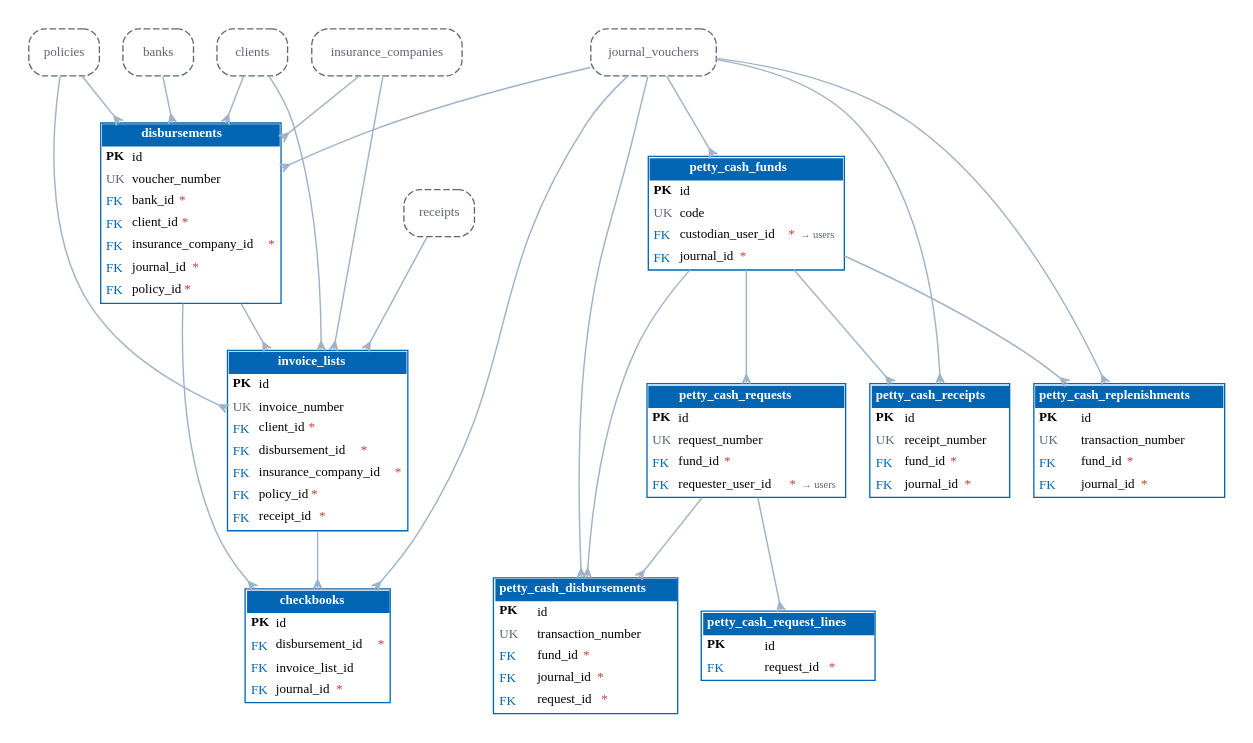
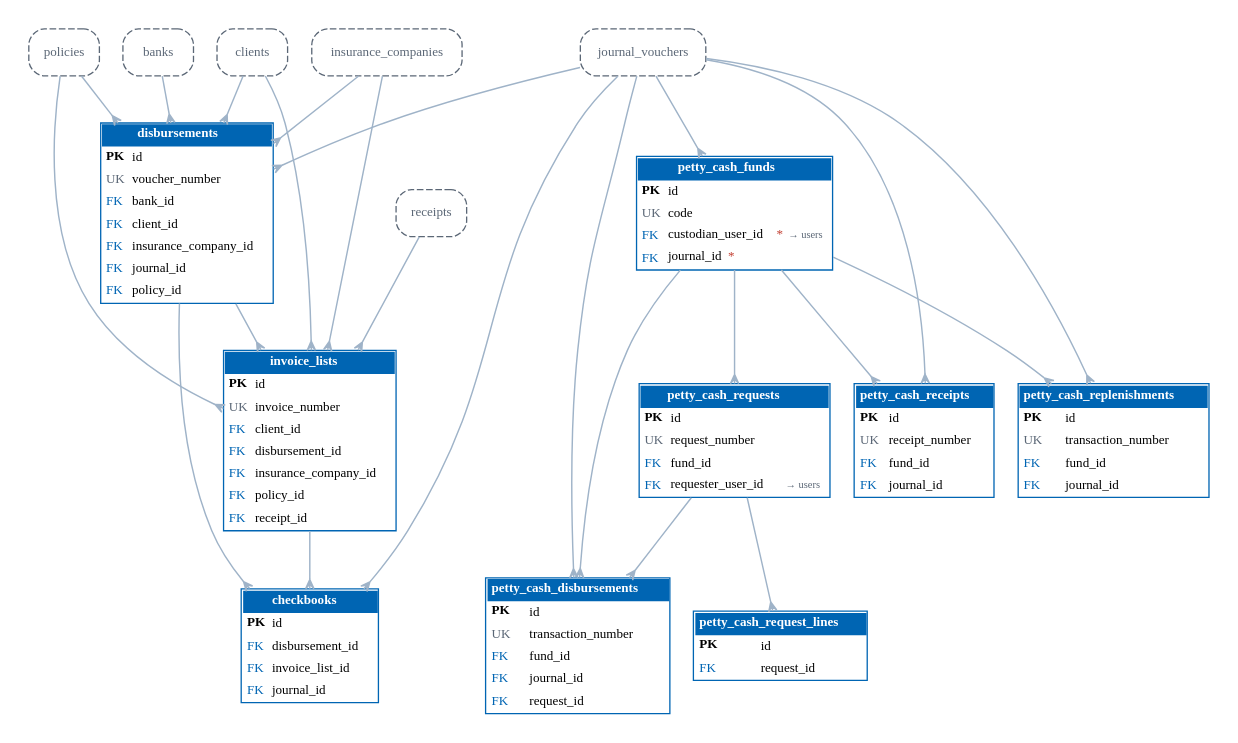
Before and after one commit to IortaTexhNXT-DEV/BDOI-OOTB: the diagram in docs/architecture/diagrams/er_disbursement_pettycash.dot, drawn with Graphviz. The commit also changed 47 other files, not shown here.

First line of the commit message:
Architecture: refresh the database snapshot, table catalogue and ER diagrams

```diff
--- a/docs/architecture/diagrams/er_disbursement_pettycash.dot
+++ b/docs/architecture/diagrams/er_disbursement_pettycash.dot
@@ -3,15 +3,15 @@
   graph [rankdir=TB, splines=true, nodesep=0.25, ranksep=0.5, fontname="Nunito", bgcolor="white", pad=0.2, pack=true, packmode="array_u3"];
   node [shape=plain, fontname="Nunito", fontsize=10];
   edge [color="#9FB3C8", arrowhead=crow, arrowtail=none, dir=both, arrowsize=0.7, penwidth=1.1];
-  "disbursements" [label=<<table border="1" cellborder="0" cellspacing="0" cellpadding="3" color="#0065B3"><tr><td colspan="2" bgcolor="#0065B3"><font color="white"><b>disbursements</b></font></td></tr><tr><td align="left" balign="left"><b>PK</b></td><td align="left">id</td></tr><tr><td align="left"><font color="#5B6776">UK</font></td><td align="left">voucher_number</td></tr><tr><td align="left"><font color="#0065B3">FK</font></td><td align="left">bank_id<font color="#C0392B">*</font></td></tr><tr><td align="left"><font color="#0065B3">FK</font></td><td align="left">client_id<font color="#C0392B">*</font></td></tr><tr><td align="left"><font color="#0065B3">FK</font></td><td align="left">insurance_company_id<font color="#C0392B">*</font></td></tr><tr><td align="left"><font color="#0065B3">FK</font></td><td align="left">journal_id<font color="#C0392B">*</font></td></tr><tr><td align="left"><font color="#0065B3">FK</font></td><td align="left">policy_id<font color="#C0392B">*</font></td></tr></table>>];
-  "invoice_lists" [label=<<table border="1" cellborder="0" cellspacing="0" cellpadding="3" color="#0065B3"><tr><td colspan="2" bgcolor="#0065B3"><font color="white"><b>invoice_lists</b></font></td></tr><tr><td align="left" balign="left"><b>PK</b></td><td align="left">id</td></tr><tr><td align="left"><font color="#5B6776">UK</font></td><td align="left">invoice_number</td></tr><tr><td align="left"><font color="#0065B3">FK</font></td><td align="left">client_id<font color="#C0392B">*</font></td></tr><tr><td align="left"><font color="#0065B3">FK</font></td><td align="left">disbursement_id<font color="#C0392B">*</font></td></tr><tr><td align="left"><font color="#0065B3">FK</font></td><td align="left">insurance_company_id<font color="#C0392B">*</font></td></tr><tr><td align="left"><font color="#0065B3">FK</font></td><td align="left">policy_id<font color="#C0392B">*</font></td></tr><tr><td align="left"><font color="#0065B3">FK</font></td><td align="left">receipt_id<font color="#C0392B">*</font></td></tr></table>>];
-  "checkbooks" [label=<<table border="1" cellborder="0" cellspacing="0" cellpadding="3" color="#0065B3"><tr><td colspan="2" bgcolor="#0065B3"><font color="white"><b>checkbooks</b></font></td></tr><tr><td align="left" balign="left"><b>PK</b></td><td align="left">id</td></tr><tr><td align="left"><font color="#0065B3">FK</font></td><td align="left">disbursement_id<font color="#C0392B">*</font></td></tr><tr><td align="left"><font color="#0065B3">FK</font></td><td align="left">invoice_list_id</td></tr><tr><td align="left"><font color="#0065B3">FK</font></td><td align="left">journal_id<font color="#C0392B">*</font></td></tr></table>>];
+  "disbursements" [label=<<table border="1" cellborder="0" cellspacing="0" cellpadding="3" color="#0065B3"><tr><td colspan="2" bgcolor="#0065B3"><font color="white"><b>disbursements</b></font></td></tr><tr><td align="left" balign="left"><b>PK</b></td><td align="left">id</td></tr><tr><td align="left"><font color="#5B6776">UK</font></td><td align="left">voucher_number</td></tr><tr><td align="left"><font color="#0065B3">FK</font></td><td align="left">bank_id</td></tr><tr><td align="left"><font color="#0065B3">FK</font></td><td align="left">client_id</td></tr><tr><td align="left"><font color="#0065B3">FK</font></td><td align="left">insurance_company_id</td></tr><tr><td align="left"><font color="#0065B3">FK</font></td><td align="left">journal_id</td></tr><tr><td align="left"><font color="#0065B3">FK</font></td><td align="left">policy_id</td></tr></table>>];
+  "invoice_lists" [label=<<table border="1" cellborder="0" cellspacing="0" cellpadding="3" color="#0065B3"><tr><td colspan="2" bgcolor="#0065B3"><font color="white"><b>invoice_lists</b></font></td></tr><tr><td align="left" balign="left"><b>PK</b></td><td align="left">id</td></tr><tr><td align="left"><font color="#5B6776">UK</font></td><td align="left">invoice_number</td></tr><tr><td align="left"><font color="#0065B3">FK</font></td><td align="left">client_id</td></tr><tr><td align="left"><font color="#0065B3">FK</font></td><td align="left">disbursement_id</td></tr><tr><td align="left"><font color="#0065B3">FK</font></td><td align="left">insurance_company_id</td></tr><tr><td align="left"><font color="#0065B3">FK</font></td><td align="left">policy_id</td></tr><tr><td align="left"><font color="#0065B3">FK</font></td><td align="left">receipt_id</td></tr></table>>];
+  "checkbooks" [label=<<table border="1" cellborder="0" cellspacing="0" cellpadding="3" color="#0065B3"><tr><td colspan="2" bgcolor="#0065B3"><font color="white"><b>checkbooks</b></font></td></tr><tr><td align="left" balign="left"><b>PK</b></td><td align="left">id</td></tr><tr><td align="left"><font color="#0065B3">FK</font></td><td align="left">disbursement_id</td></tr><tr><td align="left"><font color="#0065B3">FK</font></td><td align="left">invoice_list_id</td></tr><tr><td align="left"><font color="#0065B3">FK</font></td><td align="left">journal_id</td></tr></table>>];
   "petty_cash_funds" [label=<<table border="1" cellborder="0" cellspacing="0" cellpadding="3" color="#0065B3"><tr><td colspan="2" bgcolor="#0065B3"><font color="white"><b>petty_cash_funds</b></font></td></tr><tr><td align="left" balign="left"><b>PK</b></td><td align="left">id</td></tr><tr><td align="left"><font color="#5B6776">UK</font></td><td align="left">code</td></tr><tr><td align="left"><font color="#0065B3">FK</font></td><td align="left">custodian_user_id<font color="#C0392B">*</font> <font color="#5B6776" point-size="8">&#8594; users</font></td></tr><tr><td align="left"><font color="#0065B3">FK</font></td><td align="left">journal_id<font color="#C0392B">*</font></td></tr></table>>];
-  "petty_cash_requests" [label=<<table border="1" cellborder="0" cellspacing="0" cellpadding="3" color="#0065B3"><tr><td colspan="2" bgcolor="#0065B3"><font color="white"><b>petty_cash_requests</b></font></td></tr><tr><td align="left" balign="left"><b>PK</b></td><td align="left">id</td></tr><tr><td align="left"><font color="#5B6776">UK</font></td><td align="left">request_number</td></tr><tr><td align="left"><font color="#0065B3">FK</font></td><td align="left">fund_id<font color="#C0392B">*</font></td></tr><tr><td align="left"><font color="#0065B3">FK</font></td><td align="left">requester_user_id<font color="#C0392B">*</font> <font color="#5B6776" point-size="8">&#8594; users</font></td></tr></table>>];
-  "petty_cash_request_lines" [label=<<table border="1" cellborder="0" cellspacing="0" cellpadding="3" color="#0065B3"><tr><td colspan="2" bgcolor="#0065B3"><font color="white"><b>petty_cash_request_lines</b></font></td></tr><tr><td align="left" balign="left"><b>PK</b></td><td align="left">id</td></tr><tr><td align="left"><font color="#0065B3">FK</font></td><td align="left">request_id<font color="#C0392B">*</font></td></tr></table>>];
-  "petty_cash_disbursements" [label=<<table border="1" cellborder="0" cellspacing="0" cellpadding="3" color="#0065B3"><tr><td colspan="2" bgcolor="#0065B3"><font color="white"><b>petty_cash_disbursements</b></font></td></tr><tr><td align="left" balign="left"><b>PK</b></td><td align="left">id</td></tr><tr><td align="left"><font color="#5B6776">UK</font></td><td align="left">transaction_number</td></tr><tr><td align="left"><font color="#0065B3">FK</font></td><td align="left">fund_id<font color="#C0392B">*</font></td></tr><tr><td align="left"><font color="#0065B3">FK</font></td><td align="left">journal_id<font color="#C0392B">*</font></td></tr><tr><td align="left"><font color="#0065B3">FK</font></td><td align="left">request_id<font color="#C0392B">*</font></td></tr></table>>];
-  "petty_cash_receipts" [label=<<table border="1" cellborder="0" cellspacing="0" cellpadding="3" color="#0065B3"><tr><td colspan="2" bgcolor="#0065B3"><font color="white"><b>petty_cash_receipts</b></font></td></tr><tr><td align="left" balign="left"><b>PK</b></td><td align="left">id</td></tr><tr><td align="left"><font color="#5B6776">UK</font></td><td align="left">receipt_number</td></tr><tr><td align="left"><font color="#0065B3">FK</font></td><td align="left">fund_id<font color="#C0392B">*</font></td></tr><tr><td align="left"><font color="#0065B3">FK</font></td><td align="left">journal_id<font color="#C0392B">*</font></td></tr></table>>];
-  "petty_cash_replenishments" [label=<<table border="1" cellborder="0" cellspacing="0" cellpadding="3" color="#0065B3"><tr><td colspan="2" bgcolor="#0065B3"><font color="white"><b>petty_cash_replenishments</b></font></td></tr><tr><td align="left" balign="left"><b>PK</b></td><td align="left">id</td></tr><tr><td align="left"><font color="#5B6776">UK</font></td><td align="left">transaction_number</td></tr><tr><td align="left"><font color="#0065B3">FK</font></td><td align="left">fund_id<font color="#C0392B">*</font></td></tr><tr><td align="left"><font color="#0065B3">FK</font></td><td align="left">journal_id<font color="#C0392B">*</font></td></tr></table>>];
+  "petty_cash_requests" [label=<<table border="1" cellborder="0" cellspacing="0" cellpadding="3" color="#0065B3"><tr><td colspan="2" bgcolor="#0065B3"><font color="white"><b>petty_cash_requests</b></font></td></tr><tr><td align="left" balign="left"><b>PK</b></td><td align="left">id</td></tr><tr><td align="left"><font color="#5B6776">UK</font></td><td align="left">request_number</td></tr><tr><td align="left"><font color="#0065B3">FK</font></td><td align="left">fund_id</td></tr><tr><td align="left"><font color="#0065B3">FK</font></td><td align="left">requester_user_id <font color="#5B6776" point-size="8">&#8594; users</font></td></tr></table>>];
+  "petty_cash_request_lines" [label=<<table border="1" cellborder="0" cellspacing="0" cellpadding="3" color="#0065B3"><tr><td colspan="2" bgcolor="#0065B3"><font color="white"><b>petty_cash_request_lines</b></font></td></tr><tr><td align="left" balign="left"><b>PK</b></td><td align="left">id</td></tr><tr><td align="left"><font color="#0065B3">FK</font></td><td align="left">request_id</td></tr></table>>];
+  "petty_cash_disbursements" [label=<<table border="1" cellborder="0" cellspacing="0" cellpadding="3" color="#0065B3"><tr><td colspan="2" bgcolor="#0065B3"><font color="white"><b>petty_cash_disbursements</b></font></td></tr><tr><td align="left" balign="left"><b>PK</b></td><td align="left">id</td></tr><tr><td align="left"><font color="#5B6776">UK</font></td><td align="left">transaction_number</td></tr><tr><td align="left"><font color="#0065B3">FK</font></td><td align="left">fund_id</td></tr><tr><td align="left"><font color="#0065B3">FK</font></td><td align="left">journal_id</td></tr><tr><td align="left"><font color="#0065B3">FK</font></td><td align="left">request_id</td></tr></table>>];
+  "petty_cash_receipts" [label=<<table border="1" cellborder="0" cellspacing="0" cellpadding="3" color="#0065B3"><tr><td colspan="2" bgcolor="#0065B3"><font color="white"><b>petty_cash_receipts</b></font></td></tr><tr><td align="left" balign="left"><b>PK</b></td><td align="left">id</td></tr><tr><td align="left"><font color="#5B6776">UK</font></td><td align="left">receipt_number</td></tr><tr><td align="left"><font color="#0065B3">FK</font></td><td align="left">fund_id</td></tr><tr><td align="left"><font color="#0065B3">FK</font></td><td align="left">journal_id</td></tr></table>>];
+  "petty_cash_replenishments" [label=<<table border="1" cellborder="0" cellspacing="0" cellpadding="3" color="#0065B3"><tr><td colspan="2" bgcolor="#0065B3"><font color="white"><b>petty_cash_replenishments</b></font></td></tr><tr><td align="left" balign="left"><b>PK</b></td><td align="left">id</td></tr><tr><td align="left"><font color="#5B6776">UK</font></td><td align="left">transaction_number</td></tr><tr><td align="left"><font color="#0065B3">FK</font></td><td align="left">fund_id</td></tr><tr><td align="left"><font color="#0065B3">FK</font></td><td align="left">journal_id</td></tr></table>>];
   "banks" [shape=box, style="rounded,dashed", color="#5B6776", fontcolor="#5B6776", label="banks"];
   "clients" [shape=box, style="rounded,dashed", color="#5B6776", fontcolor="#5B6776", label="clients"];
   "insurance_companies" [shape=box, style="rounded,dashed", color="#5B6776", fontcolor="#5B6776", label="insurance_companies"];
```
